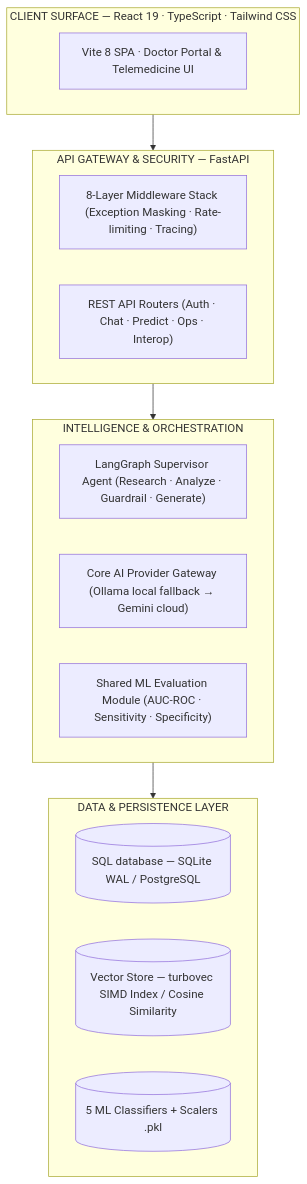
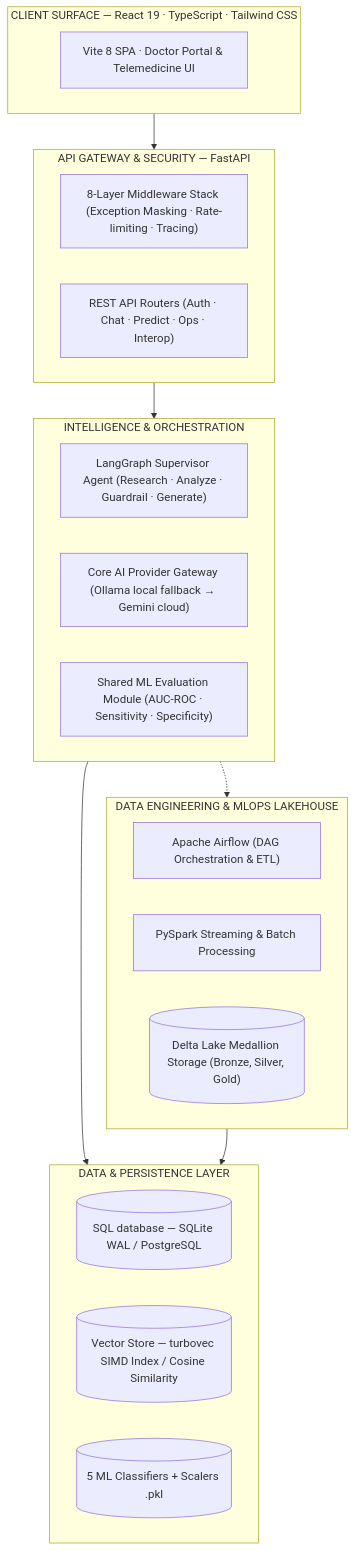
The first of 5 diagrams in README.md (pavanbadempet/AI-Healthcare-System), drawn with Mermaid before and after one commit.

Commit message:
docs: sync architecture diagram with current Data Engineering Lakehouse topology

````diff
--- a/README.md
+++ b/README.md
@@ -230,27 +230,35 @@
 ```mermaid
 graph TB
     subgraph Client["CLIENT SURFACE — React 19 · TypeScript · Tailwind CSS"]
         FE["Vite 8 SPA · Doctor Portal & Telemedicine UI"]
     end
 
     subgraph Gateway["API GATEWAY & SECURITY — FastAPI"]
         MW["8-Layer Middleware Stack (Exception Masking · Rate-limiting · Tracing)"]
         ROUTERS["REST API Routers (Auth · Chat · Predict · Ops · Interop)"]
     end
 
     subgraph Service["INTELLIGENCE & ORCHESTRATION"]
         AGENT["LangGraph Supervisor Agent (Research · Analyze · Guardrail · Generate)"]
         CORE["Core AI Provider Gateway (Ollama local fallback → Gemini cloud)"]
         EVAL["Shared ML Evaluation Module (AUC-ROC · Sensitivity · Specificity)"]
     end
 
+    subgraph DataEngine["DATA ENGINEERING & MLOPS LAKEHOUSE"]
+        AIRFLOW["Apache Airflow (DAG Orchestration & ETL)"]
+        SPARK["PySpark Streaming & Batch Processing"]
+        DELTA[("Delta Lake Medallion Storage (Bronze, Silver, Gold)")]
+    end
+
     subgraph Data["DATA & PERSISTENCE LAYER"]
         DB[(SQL database — SQLite WAL / PostgreSQL)]
         VS[(Vector Store — turbovec SIMD Index / Cosine Similarity)]
         ML[(5 ML Classifiers + Scalers .pkl)]
     end
 
     Client --> Gateway
     Gateway --> Service
     Service --> Data
+    DataEngine --> Data
+    Service -.-> DataEngine
 ```
````
